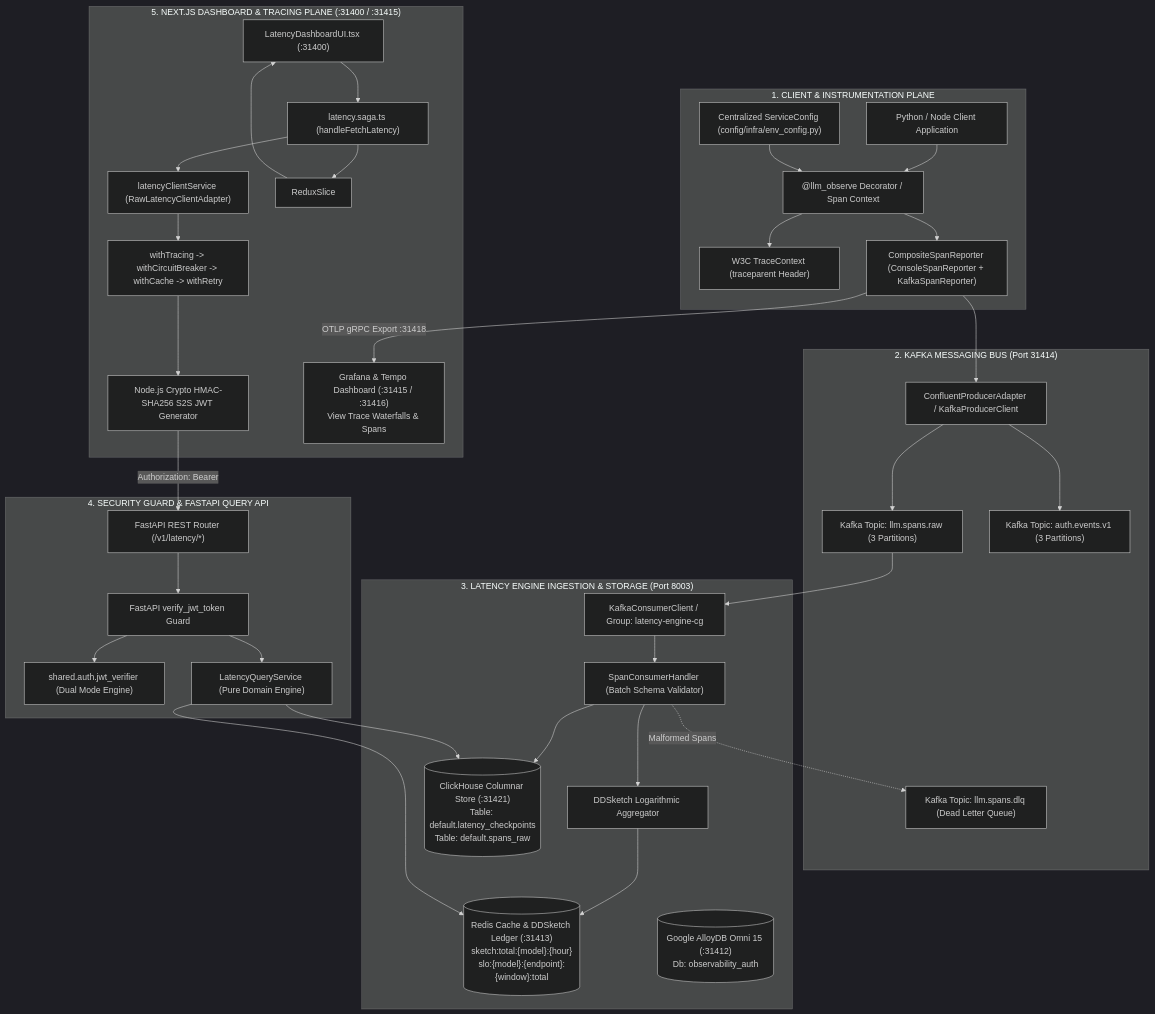
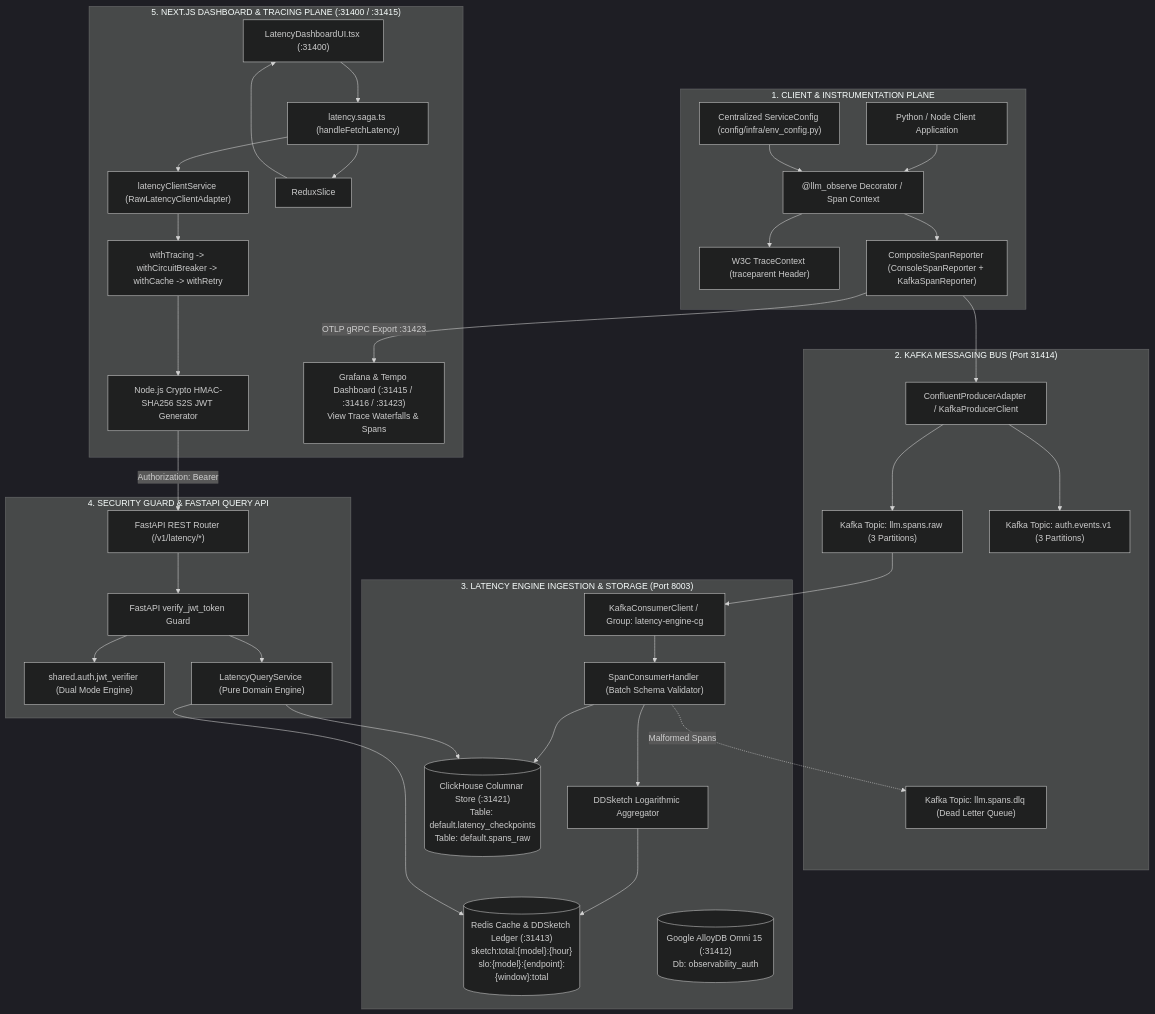
The first of 5 diagrams in packages/node/web-app/adr/0007-latency-engine-end-to-end-integration-and-security.md (Chief-Strategist-J/llm-observability-platform), drawn with Mermaid (dark theme) before and after one commit. The commit also changed other lines of this file and 4 other files, not shown here.

Commit message:
fix(tracing): route OpenTelemetry gRPC traces to Tempo port 31423 with immediate shutdown flush and ADR-0007 update

````diff
--- a/packages/node/web-app/adr/0007-latency-engine-end-to-end-integration-and-security.md
+++ b/packages/node/web-app/adr/0007-latency-engine-end-to-end-integration-and-security.md
@@ -27,73 +27,73 @@
 ```mermaid
 flowchart TD
     subgraph ClientAppPlane["1. CLIENT & INSTRUMENTATION PLANE"]
         UserApp["Python / Node Client Application"]
         SDKDecorator["@llm_observe Decorator / Span Context"]
         TracingContext["W3C TraceContext (traceparent Header)"]
         CompositeReporter["CompositeSpanReporter (ConsoleSpanReporter + KafkaSpanReporter)"]
         ConfigRegistry["Centralized ServiceConfig (config/infra/env_config.py)"]
 
         UserApp --> SDKDecorator
         ConfigRegistry --> SDKDecorator
         SDKDecorator --> TracingContext
         SDKDecorator --> CompositeReporter
     end
 
     subgraph KafkaPlane["2. KAFKA MESSAGING BUS (Port 31414)"]
         KafkaProducer["ConfluentProducerAdapter / KafkaProducerClient"]
         TopicRaw["Kafka Topic: llm.spans.raw (3 Partitions)"]
         TopicAuth["Kafka Topic: auth.events.v1 (3 Partitions)"]
         TopicDLQ["Kafka Topic: llm.spans.dlq (Dead Letter Queue)"]
 
         CompositeReporter --> KafkaProducer
         KafkaProducer --> TopicRaw
         KafkaProducer --> TopicAuth
     end
 
     subgraph IngestionEnginePlane["3. LATENCY ENGINE INGESTION & STORAGE (Port 8003)"]
         KafkaConsumer["KafkaConsumerClient / Group: latency-engine-cg"]
         SpanHandler["SpanConsumerHandler (Batch Schema Validator)"]
         DDSketchEngine["DDSketch Logarithmic Aggregator"]
         RedisStore[("Redis Cache & DDSketch Ledger (:31413)\nsketch:total:{model}:{hour}\nslo:{model}:{endpoint}:{window}:total")]
         ClickHouseDB[("ClickHouse Columnar Store (:31421)\nTable: default.latency_checkpoints\nTable: default.spans_raw")]
         AlloyDB[("Google AlloyDB Omni 15 (:31412)\nDb: observability_auth")]
 
         TopicRaw --> KafkaConsumer
         KafkaConsumer --> SpanHandler
         SpanHandler --> DDSketchEngine
         DDSketchEngine --> RedisStore
         SpanHandler --> ClickHouseDB
         SpanHandler -.->|Malformed Spans| TopicDLQ
     end
 
     subgraph SecurityAPIPlane["4. SECURITY GUARD & FASTAPI QUERY API"]
         FastAPI["FastAPI REST Router (/v1/latency/*)"]
         JWTGuard["FastAPI verify_jwt_token Guard"]
         JWTVerifier["shared.auth.jwt_verifier (Dual Mode Engine)"]
         QueryService["LatencyQueryService (Pure Domain Engine)"]
 
         FastAPI --> JWTGuard
         JWTGuard --> JWTVerifier
         JWTGuard --> QueryService
         QueryService --> RedisStore
         QueryService --> ClickHouseDB
     end
 
     subgraph WebAppPlane["5. NEXT.JS DASHBOARD & TRACING PLANE (:31400 / :31415)"]
         ReactUI["LatencyDashboardUI.tsx (:31400)"]
         ReduxSaga["latency.saga.ts (handleFetchLatency)"]
         ClientAdapter["latencyClientService (RawLatencyClientAdapter)"]
         ResilienceChain["withTracing -> withCircuitBreaker -> withCache -> withRetry"]
         S2SSigner["Node.js Crypto HMAC-SHA256 S2S JWT Generator"]
-        GrafanaTempo["Grafana & Tempo Dashboard (:31415 / :31416)\nView Trace Waterfalls & Spans"]
+        GrafanaTempo["Grafana & Tempo Dashboard (:31415 / :31416 / :31423)\nView Trace Waterfalls & Spans"]
 
         ReactUI --> ReduxSaga
         ReduxSaga --> ClientAdapter
         ClientAdapter --> ResilienceChain
         ResilienceChain --> S2SSigner
         S2SSigner -->|Authorization: Bearer <S2S_JWT>| FastAPI
-        CompositeReporter -->|OTLP gRPC Export :31418| GrafanaTempo
+        CompositeReporter -->|OTLP gRPC Export :31423| GrafanaTempo
         ReduxSaga --> ReduxSlice
         ReduxSlice --> ReactUI
     end
 ```
````
